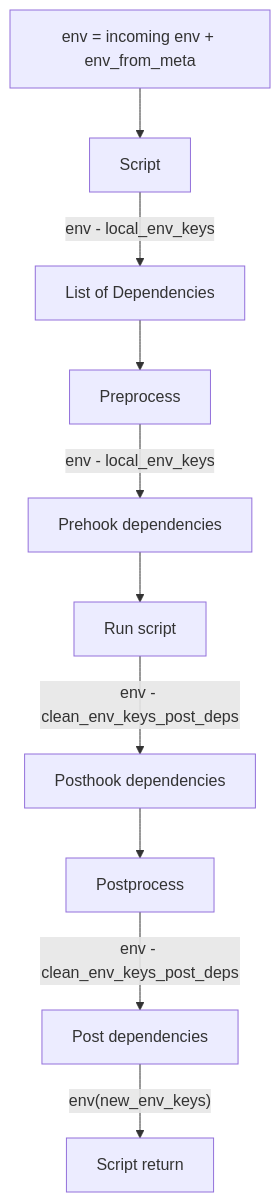
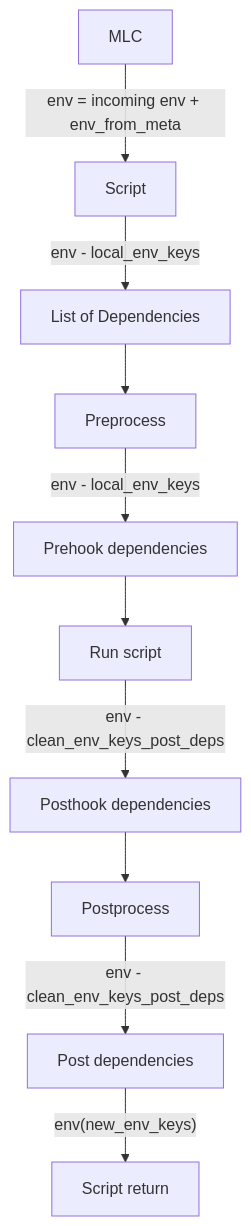
The diagram in docs/index.md (sujik18/mlperf-automations), drawn with Mermaid before and after one commit.

````diff
--- a/docs/index.md
+++ b/docs/index.md
@@ -13,12 +13,12 @@
 ```mermaid
 graph TD
-    A[env = incoming env + env_from_meta] -->B[Script]
+    MLC -->|env = incoming env + env_from_meta| B[Script]
     B -->|env - local_env_keys| C[List of Dependencies]
     C --> D[Preprocess]
     D -->|env - local_env_keys| E[Prehook dependencies]
     E -->F[Run script]
     F -->|env - clean_env_keys_post_deps| G[Posthook dependencies]
     G --> H[Postprocess]
     H -->|env - clean_env_keys_post_deps| I[Post dependencies]
     I -->|"env(new_env_keys)"| J[Script return]
 ```
````
